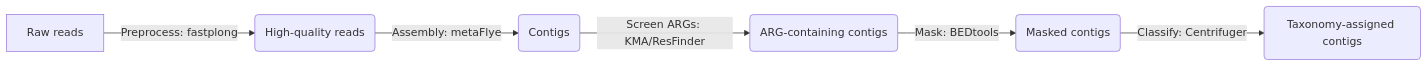
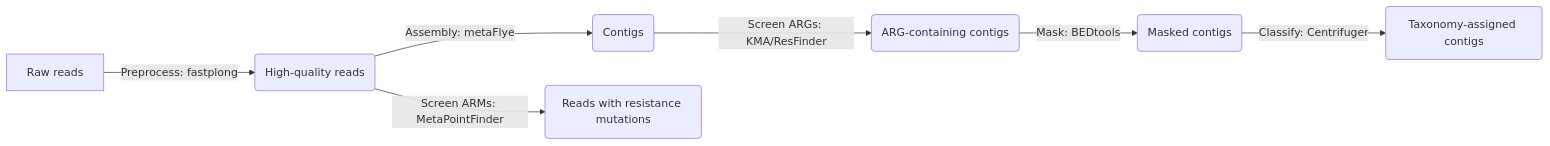
The diagram in README.md (UtrechtUniversity/MEGAISurv-Namaste), drawn with Mermaid before and after one commit. The commit also changed other lines of this file, not shown here.

````diff
--- a/README.md
+++ b/README.md
@@ -23,8 +23,9 @@
 ```mermaid
 flowchart LR
     A[Raw reads] -->|Preprocess:  fastplong| B(High-quality reads)
     B -->|Assembly: metaFlye| C(Contigs)
+    B -->|Screen ARMs: MetaPointFinder| M(Reads with resistance mutations)
     C -->|Screen ARGs: KMA/ResFinder| D(ARG-containing contigs)
     D -->|Mask: BEDtools| E(Masked contigs)
     E -->|Classify: Centrifuger| F(Taxonomy-assigned contigs)
 ```
````
